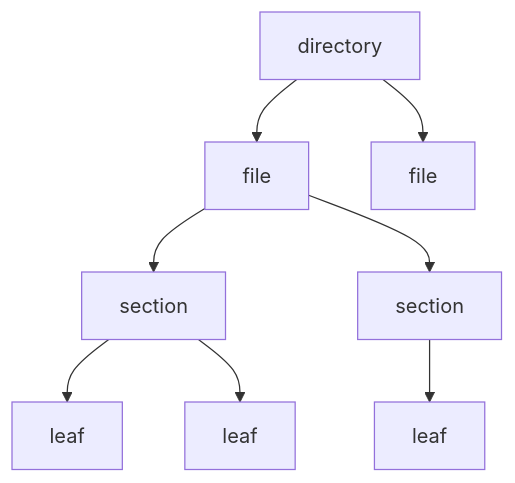
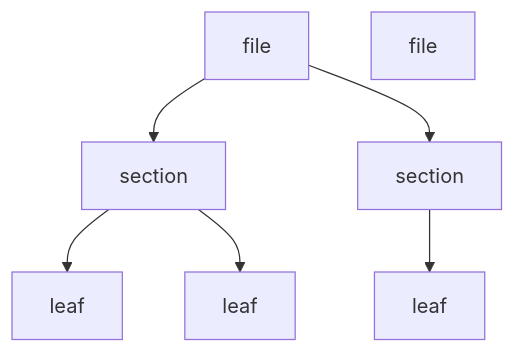
The second of 2 diagrams in README.md (rlemaigre/docpack), drawn with Mermaid before and after one commit. The commit also changed other lines of this file, not shown here.

````diff
--- a/README.md
+++ b/README.md
@@ -104,10 +104,10 @@
 ```mermaid
 graph TD
-    D[directory] --> F1[file]
-    D --> F2[file]
+    F1[file]
+    F2[file]
     F1 --> S1[section]
     F1 --> S2[section]
     S1 --> L1[leaf]
     S1 --> L2[leaf]
     S2 --> L3[leaf]
 ```
````
